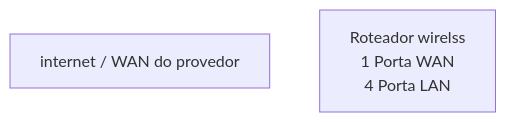
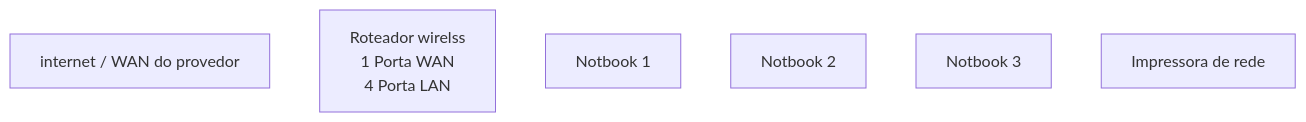
One commit to ryan0f0lima32/-lab-redes-01 changed the diagram in README.md. Above: the diagram before and after it, drawn with Mermaid.

Commit message:
Add additional devices to the network diagram

````diff
--- a/README.md
+++ b/README.md
@@ -35,7 +35,14 @@
  ```mermaid 
 graph TD
 
 WAN[internet / WAN do provedor]
 
 Roteador[Roteador wirelss<br>1 Porta WAN<br>4 Porta LAN]
+
+PC1[Notbook 1]
+PC2[Notbook 2]
+PC3[Notbook 3]
+
+Printer[Impressora de rede]
+
 ```
````
